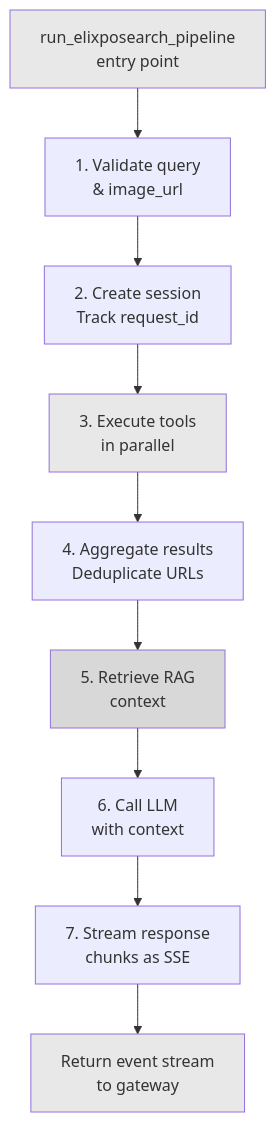
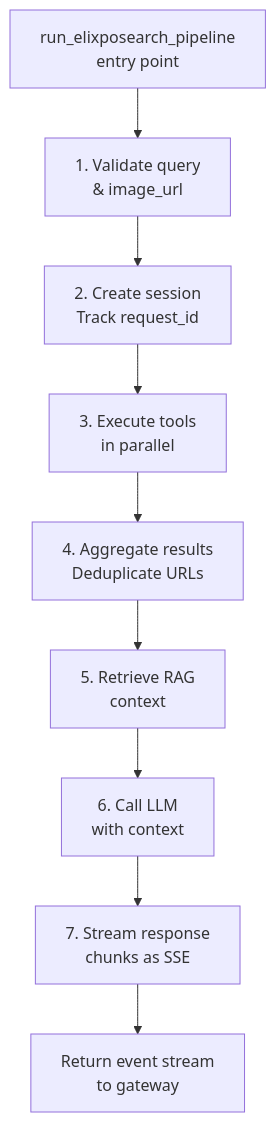
One commit to pollinations/lixSearch changed the sixth of 18 diagrams in DOCS/FULL_ARCHITECTURE.md. Above: the diagram before and after it, drawn with Mermaid. The commit also changed other lines of this file, not shown here.

````diff
--- a/DOCS/FULL_ARCHITECTURE.md
+++ b/DOCS/FULL_ARCHITECTURE.md
@@ -430,26 +546,26 @@
 ```mermaid
 graph TD
     Start["run_elixposearch_pipeline<br/>entry point"]
     Validate["1. Validate query<br/>& image_url"]
     CreateSess["2. Create session<br/>Track request_id"]
     ToolExec["3. Execute tools<br/>in parallel"]
     Aggregate["4. Aggregate results<br/>Deduplicate URLs"]
     RAGRetrieve["5. Retrieve RAG<br/>context"]
     LLMCall["6. Call LLM<br/>with context"]
     Stream["7. Stream response<br/>chunks as SSE"]
     End["Return event stream<br/>to gateway"]
     
     Start --> Validate
     Validate --> CreateSess
     CreateSess --> ToolExec
     ToolExec --> Aggregate
     Aggregate --> RAGRetrieve
     RAGRetrieve --> LLMCall
     LLMCall --> Stream
     Stream --> End
     
-    style Start fill:#E8E8E8
-    style End fill:#E8E8E8
-    style ToolExec fill:#E8E8E8
-    style RAGRetrieve fill:#D8D8D8
+    style Start fill:#000;color:#fff
+    style End fill:#000;color:#fff
+    style ToolExec fill:#000;color:#fff
+    style RAGRetrieve fill:#000;color:#fff
 ```
````
